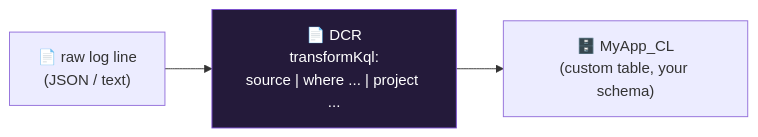
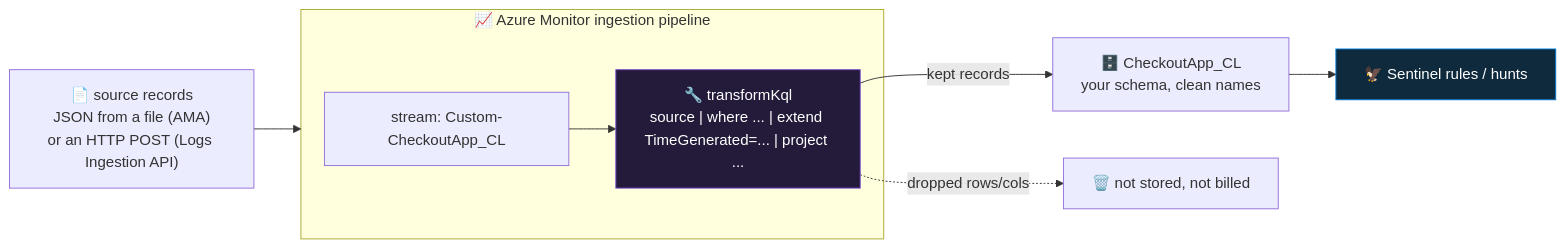
The diagram in 13-custom-logs-and-dcr-transformations/README.md (Tarun2000AD/microsoft-sentinel-live-learning), drawn with Mermaid before and after one commit. The commit also changed other lines of this file, not shown here.

First line of the commit message:
Deepen step 13 (custom logs + DCR transformations): transformKql mechanics, Logs Ingestion API, cost-lever framing

````diff
--- a/13-custom-logs-and-dcr-transformations/README.md
+++ b/13-custom-logs-and-dcr-transformations/README.md
@@ -34,6 +60,14 @@
 ```mermaid
 flowchart LR
-    SRC["📄 raw log line<br/>(JSON / text)"] --> DCR["📄 DCR<br/>transformKql:<br/>source | where ... | project ..."]
-    DCR --> CL["🗄️ MyApp_CL<br/>(custom table, your schema)"]
-    style DCR fill:#241a3a,stroke:#7b4fd0,color:#fff
+    SRC["📄 source records<br/>JSON from a file (AMA)<br/>or an HTTP POST (Logs Ingestion API)"] --> PIPE
+    subgraph PIPE["📈 Azure Monitor ingestion pipeline"]
+      IN["stream: Custom-CheckoutApp_CL"]
+      X["🔧 transformKql<br/>source | where ... | extend TimeGenerated=... | project ..."]
+      IN --> X
+    end
+    X -->|kept records| CL["🗄️ CheckoutApp_CL<br/>your schema, clean names"]
+    X -.->|dropped rows/cols| GONE["🗑️ not stored, not billed"]
+    CL --> SEN["🦅 Sentinel rules / hunts"]
+    style X fill:#241a3a,stroke:#7b4fd0,color:#fff
+    style SEN fill:#0f2a3d,stroke:#0078D4,color:#fff
 ```
````
